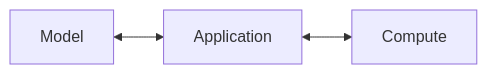
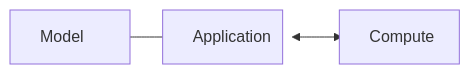
Before and after one commit to go-fair-us/ai-blueprint-core: the diagram in docs/self-sovereign-local-ai-tools.md, drawn with Mermaid. The commit also changed other lines of this file, not shown here.

````diff
--- a/docs/self-sovereign-local-ai-tools.md
+++ b/docs/self-sovereign-local-ai-tools.md
@@ -5,12 +7,15 @@
 ```mermaid
 flowchart LR
-
+    classDef box width:120px
+    
     model["Model"]
 
     app["Application"]
 
     comp["Compute"]
+    
+    class model,app,comp box
 
     model <--> app <--> comp
     
 ```
````
